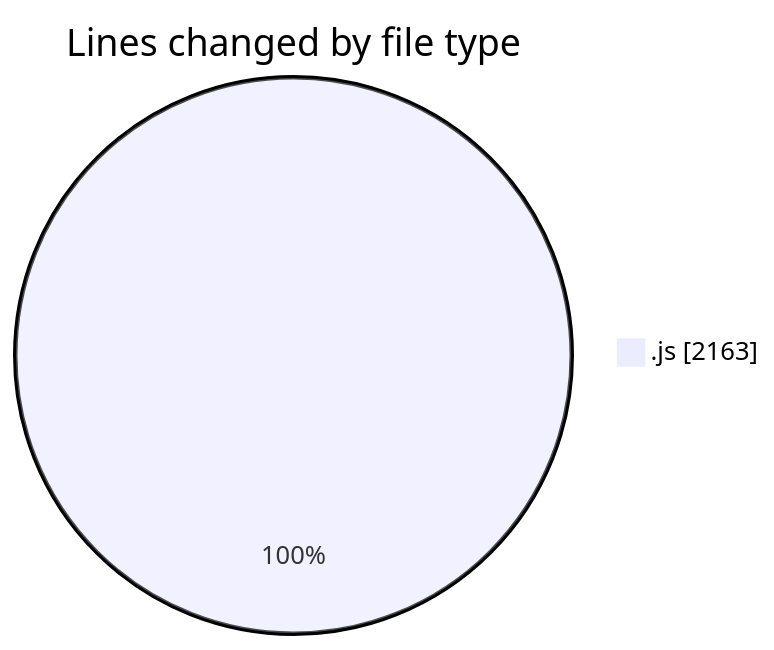
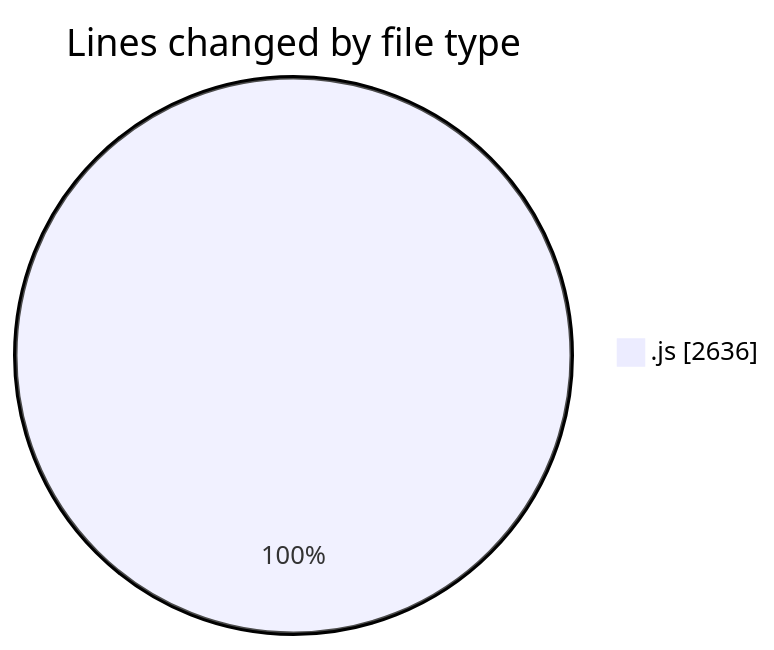
The first of 2 diagrams in 2025-07-29/javascript/README.md (Ritupan-Deka/code-tracking), drawn with Mermaid before and after one commit. The commit also changed other lines of this file and 1 other file, not shown here.

````diff
--- a/2025-07-29/javascript/README.md
+++ b/2025-07-29/javascript/README.md
@@ -21,5 +21,5 @@
 ```mermaid
 pie showData
 title Lines changed by file type
-".js" : 2163
+".js" : 2636
 ```
````
